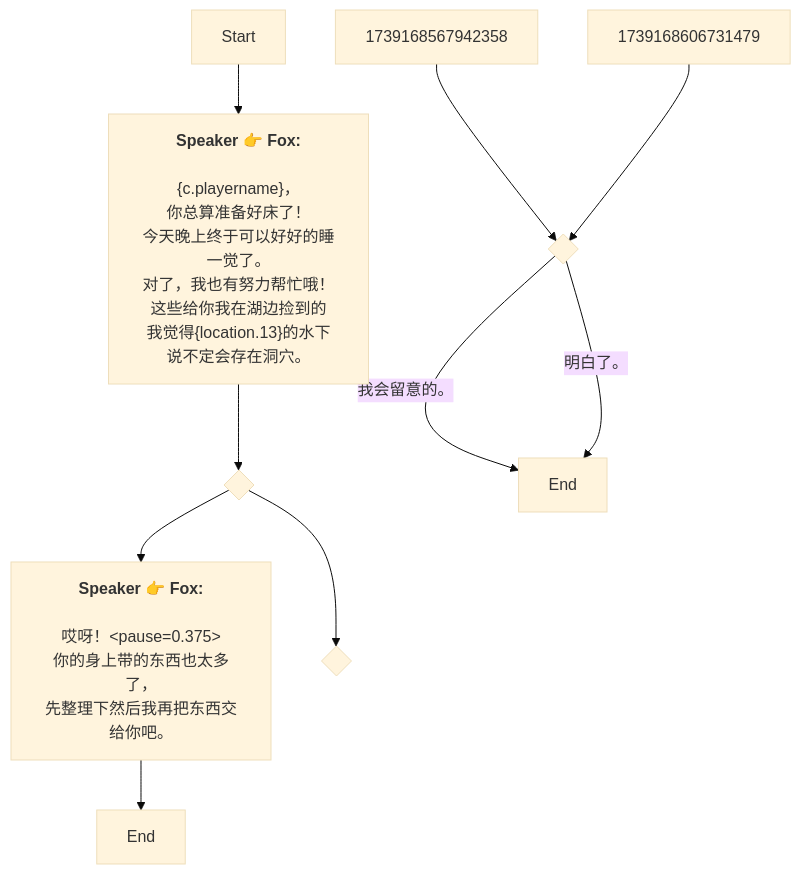
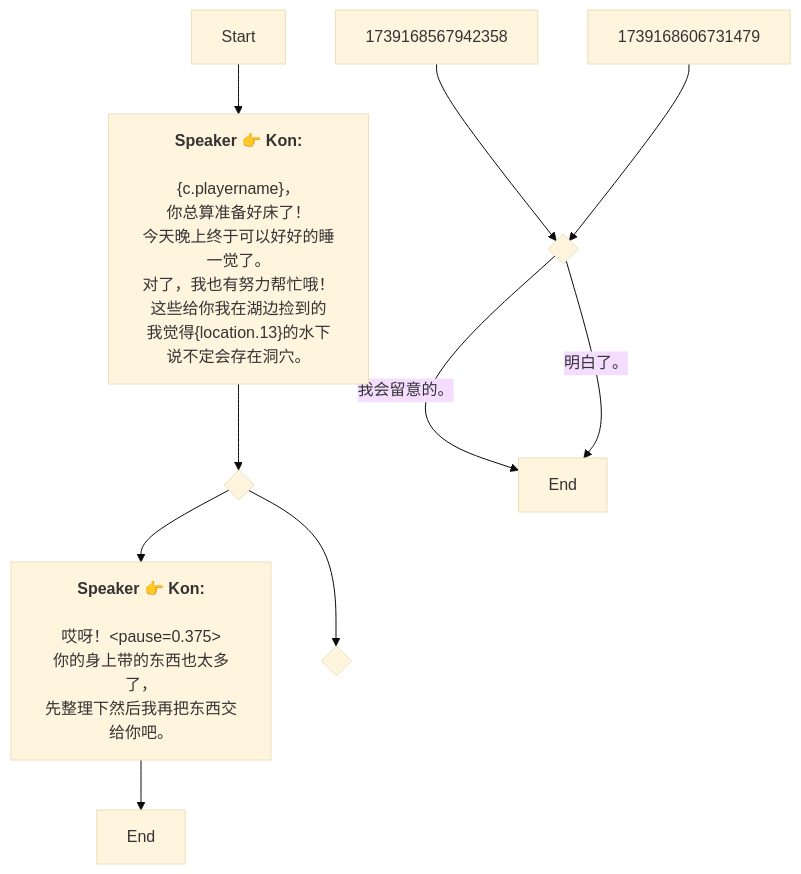
The diagram in Zh/QuestTalkObjectiveNode_1739167235783881.md (SoftHu/tos_avg), drawn with Mermaid (base theme) before and after one commit. The commit also changed 730 other files, not shown here.

````diff
--- a/Zh/QuestTalkObjectiveNode_1739167235783881.md
+++ b/Zh/QuestTalkObjectiveNode_1739167235783881.md
@@ -1,21 +1,21 @@
 ```mermaid
 graph
-Start -->1739167465258188[<b>Speaker 👉 Fox:</b>
+Start -->1739167465258188[<b>Speaker 👉 Kon:</b>
 \n&lbrace;c.playername&rbrace;，
 你总算准备好床了！
 今天晚上终于可以好好的睡一觉了。\n对了，我也有努力帮忙哦！
 这些给你我在湖边捡到的
 我觉得&lbrace;location.13&rbrace;的水下说不定会存在洞穴。]
 1739167465258188 -->1739167841542350{ }
-1739167841542350 -->1739167865699535[<b>Speaker 👉 Fox:</b>
+1739167841542350 -->1739167865699535[<b>Speaker 👉 Kon:</b>
 \n哎呀！&lt;pause=0.375&gt;
 你的身上带的东西也太多了，
 先整理下然后我再把东西交给你吧。]
 1739167841542350 -->1739167754644685{ }
 1739168567942358 -->434792141985589{ }
 1739168606731479 -->434792141985589{ }
 1739167865699535 -->1739167896556752[End]
 434792141985589 -->|我会留意的。|1739167901405393[End]
 434792141985589 -->|明白了。|1739167901405393[End]
 
 ```
````
